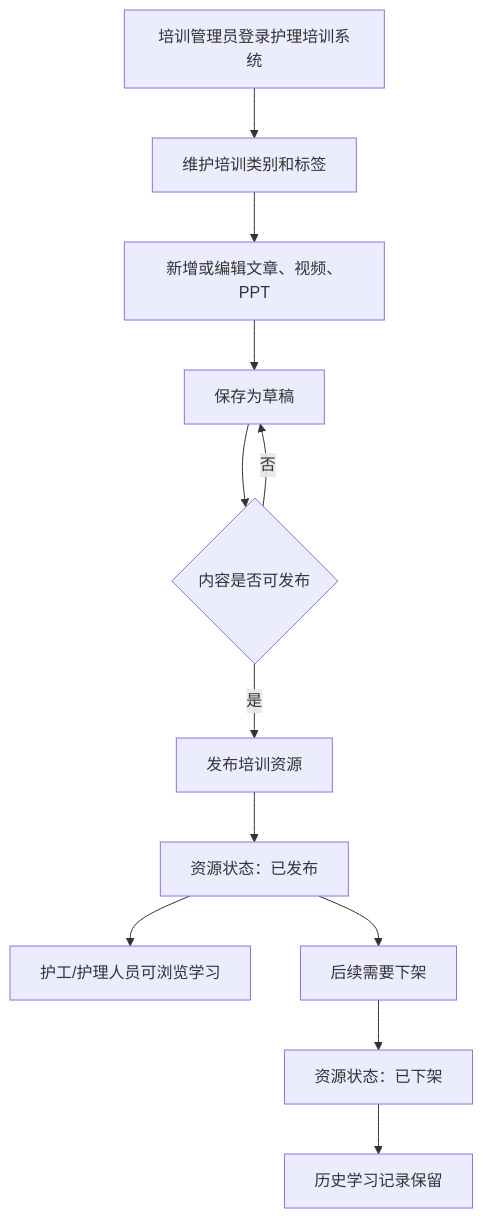
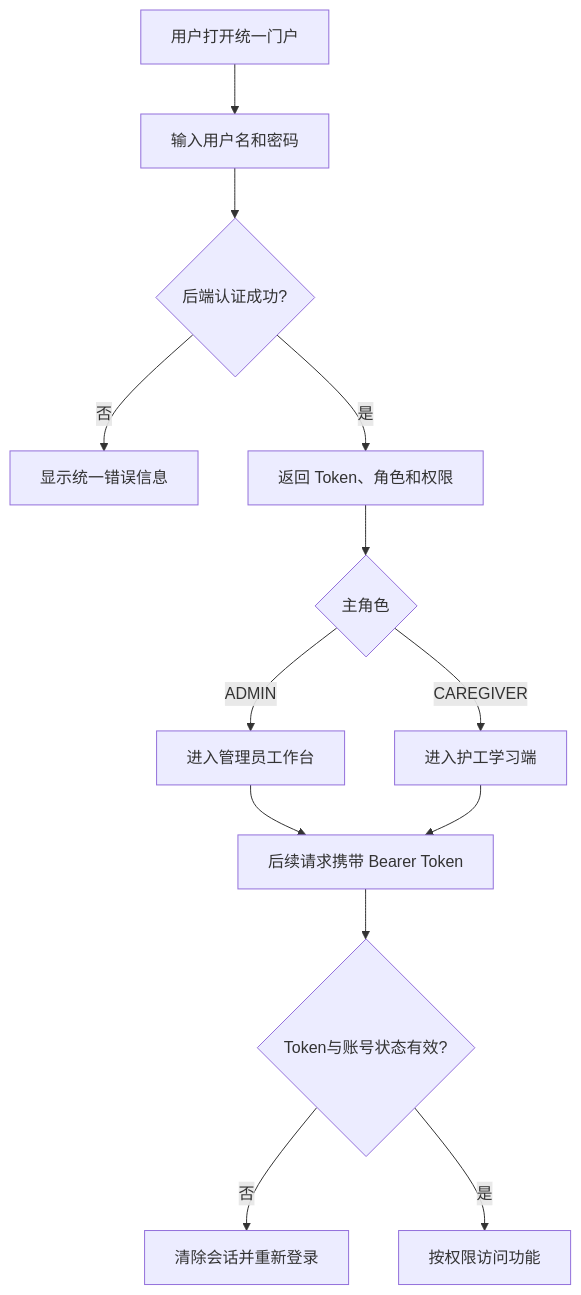
Before and after one commit to thesantaana/Care-Nexus: the first of 10 diagrams in docs/requirements/业务流程.md, drawn with Mermaid. The commit also changed other lines of this file, not shown here.

````diff
--- a/docs/requirements/业务流程.md
+++ b/docs/requirements/业务流程.md
@@ -98,14 +9,15 @@
 ```mermaid
 flowchart TD
-    A["培训管理员登录护理培训系统"] --> B["维护培训类别和标签"]
-    B --> C["新增或编辑文章、视频、PPT"]
-    C --> D["保存为草稿"]
-    D --> E{"内容是否可发布"}
-    E -- "是" --> F["发布培训资源"]
-    F --> G["资源状态：已发布"]
-    G --> H["护工/护理人员可浏览学习"]
-    E -- "否" --> D
-    G --> I["后续需要下架"]
-    I --> J["资源状态：已下架"]
-    J --> K["历史学习记录保留"]
+    A[用户打开统一门户] --> B[输入用户名和密码]
+    B --> C{后端认证成功?}
+    C -- 否 --> D[显示统一错误信息]
+    C -- 是 --> E[返回 Token、角色和权限]
+    E --> F{主角色}
+    F -- ADMIN --> G[进入管理员工作台]
+    F -- CAREGIVER --> H[进入护工学习端]
+    G --> I[后续请求携带 Bearer Token]
+    H --> I
+    I --> J{Token与账号状态有效?}
+    J -- 否 --> K[清除会话并重新登录]
+    J -- 是 --> L[按权限访问功能]
 ```
````
